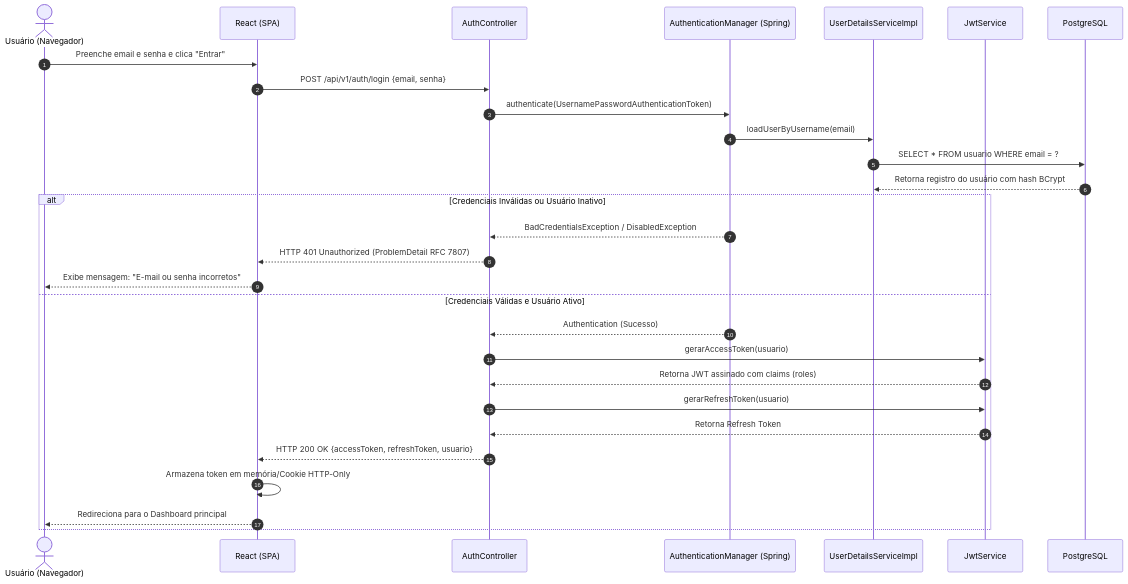
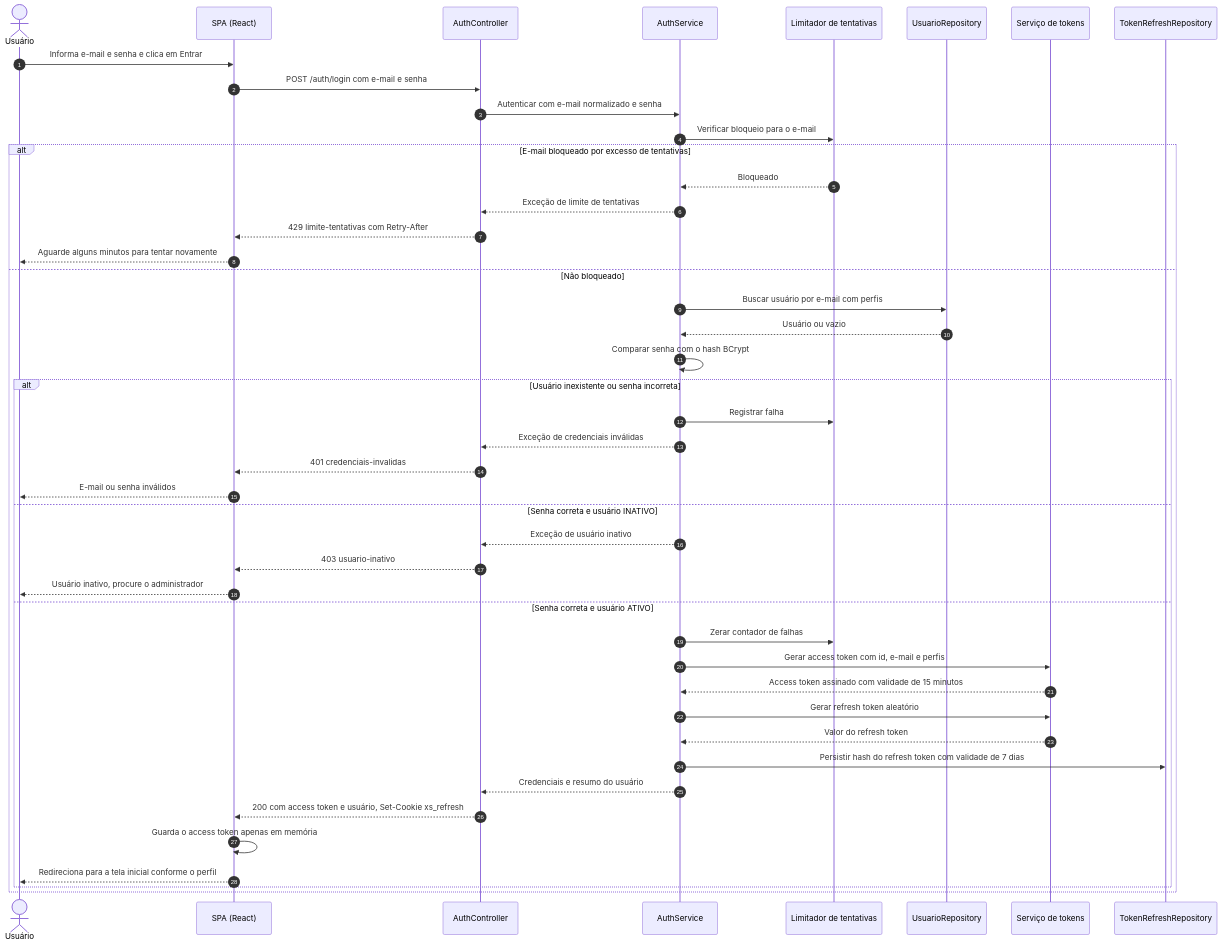
One commit to mateusnriy/xsolution changed the first of 12 diagrams in docs/diagramas_sequencia_web.md. Above: the diagram before and after it, drawn with Mermaid. The commit also changed other lines of this file and 3 other files, not shown here.

````diff
--- a/docs/diagramas_sequencia_web.md
+++ b/docs/diagramas_sequencia_web.md
@@ -22,34 +56,48 @@
 ```mermaid
 sequenceDiagram
     autonumber
-    actor Usuario as Usuário (Navegador)
-    participant React as React (SPA)
-    participant AuthCtrl as AuthController
-    participant AuthMgr as AuthenticationManager (Spring)
-    participant UserDetails as UserDetailsServiceImpl
-    participant JwtSvc as JwtService
-    participant DB as PostgreSQL
+    actor U as Usuário
+    participant SPA as SPA (React)
+    participant AC as AuthController
+    participant AS as AuthService
+    participant LIM as Limitador de tentativas
+    participant UR as UsuarioRepository
+    participant TS as Serviço de tokens
+    participant TR as TokenRefreshRepository
 
-    Usuario->>React: Preenche email e senha e clica "Entrar"
-    React->>AuthCtrl: POST /api/v1/auth/login {email, senha}
-    
-    AuthCtrl->>AuthMgr: authenticate(UsernamePasswordAuthenticationToken)
-    AuthMgr->>UserDetails: loadUserByUsername(email)
-    UserDetails->>DB: SELECT * FROM usuario WHERE email = ?
-    DB-->>UserDetails: Retorna registro do usuário com hash BCrypt
-    
-    alt Credenciais Inválidas ou Usuário Inativo
-        AuthMgr-->>AuthCtrl: BadCredentialsException / DisabledException
-        AuthCtrl-->>React: HTTP 401 Unauthorized (ProblemDetail RFC 7807)
-        React-->>Usuario: Exibe mensagem: "E-mail ou senha incorretos"
-    else Credenciais Válidas e Usuário Ativo
-        AuthMgr-->>AuthCtrl: Authentication (Sucesso)
-        AuthCtrl->>JwtSvc: gerarAccessToken(usuario)
-        JwtSvc-->>AuthCtrl: Retorna JWT assinado com claims (roles)
-        AuthCtrl->>JwtSvc: gerarRefreshToken(usuario)
-        JwtSvc-->>AuthCtrl: Retorna Refresh Token
-        AuthCtrl-->>React: HTTP 200 OK {accessToken, refreshToken, usuario}
-        React->>React: Armazena token em memória/Cookie HTTP-Only
-        React-->>Usuario: Redireciona para o Dashboard principal
+    U->>SPA: Informa e-mail e senha e clica em Entrar
+    SPA->>AC: POST /auth/login com e-mail e senha
+    AC->>AS: Autenticar com e-mail normalizado e senha
+    AS->>LIM: Verificar bloqueio para o e-mail
+    alt E-mail bloqueado por excesso de tentativas
+        LIM-->>AS: Bloqueado
+        AS-->>AC: Exceção de limite de tentativas
+        AC-->>SPA: 429 limite-tentativas com Retry-After
+        SPA-->>U: Aguarde alguns minutos para tentar novamente
+    else Não bloqueado
+        AS->>UR: Buscar usuário por e-mail com perfis
+        UR-->>AS: Usuário ou vazio
+        AS->>AS: Comparar senha com o hash BCrypt
+        alt Usuário inexistente ou senha incorreta
+            AS->>LIM: Registrar falha
+            AS-->>AC: Exceção de credenciais inválidas
+            AC-->>SPA: 401 credenciais-invalidas
+            SPA-->>U: E-mail ou senha inválidos
+        else Senha correta e usuário INATIVO
+            AS-->>AC: Exceção de usuário inativo
+            AC-->>SPA: 403 usuario-inativo
+            SPA-->>U: Usuário inativo, procure o administrador
+        else Senha correta e usuário ATIVO
+            AS->>LIM: Zerar contador de falhas
+            AS->>TS: Gerar access token com id, e-mail e perfis
+            TS-->>AS: Access token assinado com validade de 15 minutos
+            AS->>TS: Gerar refresh token aleatório
+            TS-->>AS: Valor do refresh token
+            AS->>TR: Persistir hash do refresh token com validade de 7 dias
+            AS-->>AC: Credenciais e resumo do usuário
+            AC-->>SPA: 200 com access token e usuário, Set-Cookie xs_refresh
+            SPA->>SPA: Guarda o access token apenas em memória
+            SPA-->>U: Redireciona para a tela inicial conforme o perfil
+        end
     end
 ```
````
